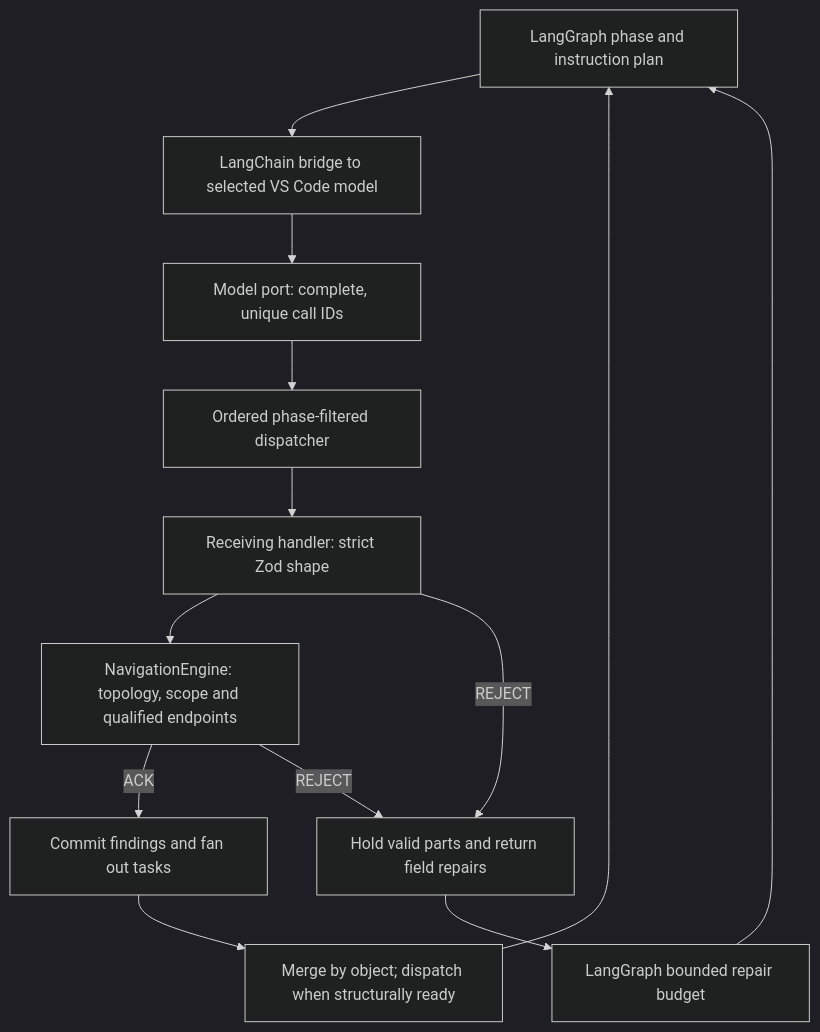
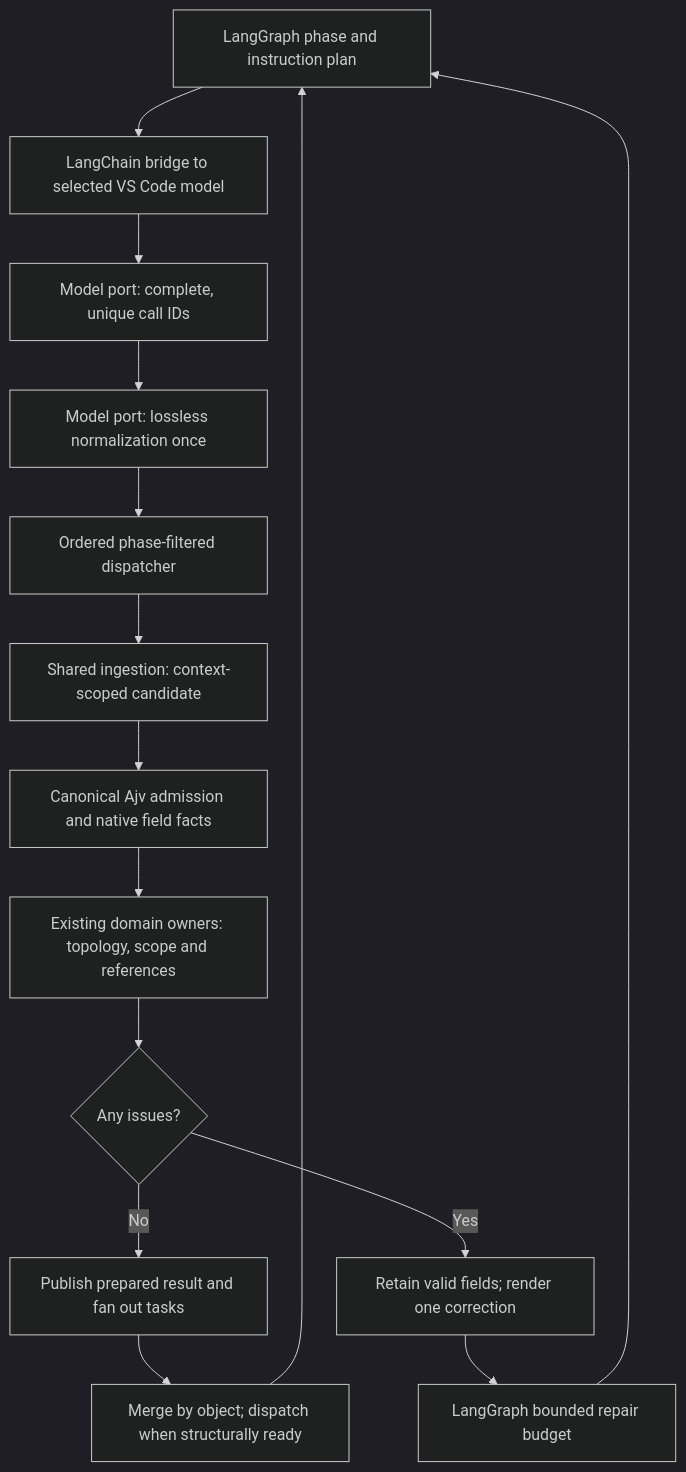
Before and after one commit to ChrisDevRepo/vscode_data_lineage: the second of 2 diagrams in docs/ARCHITECTURE.md, drawn with Mermaid (dark theme). The commit also changed other lines of this file and 33 other files, not shown here.

Commit message:
Centralize tool admission on native Ajv facts

````diff
--- a/docs/ARCHITECTURE.md
+++ b/docs/ARCHITECTURE.md
@@ -84,15 +84,17 @@
 ```mermaid
 flowchart TD
     PLAN[LangGraph phase and instruction plan] --> MODEL[LangChain bridge to selected VS Code model]
     MODEL --> CORRELATE[Model port: complete, unique call IDs]
-    CORRELATE --> DISPATCH[Ordered phase-filtered dispatcher]
-    DISPATCH --> SCHEMA[Receiving handler: strict Zod shape]
-    SCHEMA --> ENGINE[NavigationEngine: topology, scope and qualified endpoints]
-    ENGINE -->|ACK| COMMIT[Commit findings and fan out tasks]
-    ENGINE -->|REJECT| REPAIR[Hold valid parts and return field repairs]
-    SCHEMA -->|REJECT| REPAIR
+    CORRELATE --> NORMALIZE[Model port: lossless normalization once]
+    NORMALIZE --> DISPATCH[Ordered phase-filtered dispatcher]
+    DISPATCH --> INGEST[Shared ingestion: context-scoped candidate]
+    INGEST --> SCHEMA[Canonical Ajv admission and native field facts]
+    SCHEMA --> ENGINE[Existing domain owners: topology, scope and references]
+    ENGINE --> DECIDE{Any issues?}
+    DECIDE -->|No| COMMIT[Publish prepared result and fan out tasks]
+    DECIDE -->|Yes| REPAIR[Retain valid fields; render one correction]
     REPAIR --> BUDGET[LangGraph bounded repair budget]
     BUDGET --> PLAN
     COMMIT --> AGENDA[Merge by object; dispatch when structurally ready]
     AGENDA --> PLAN
 ```
````
